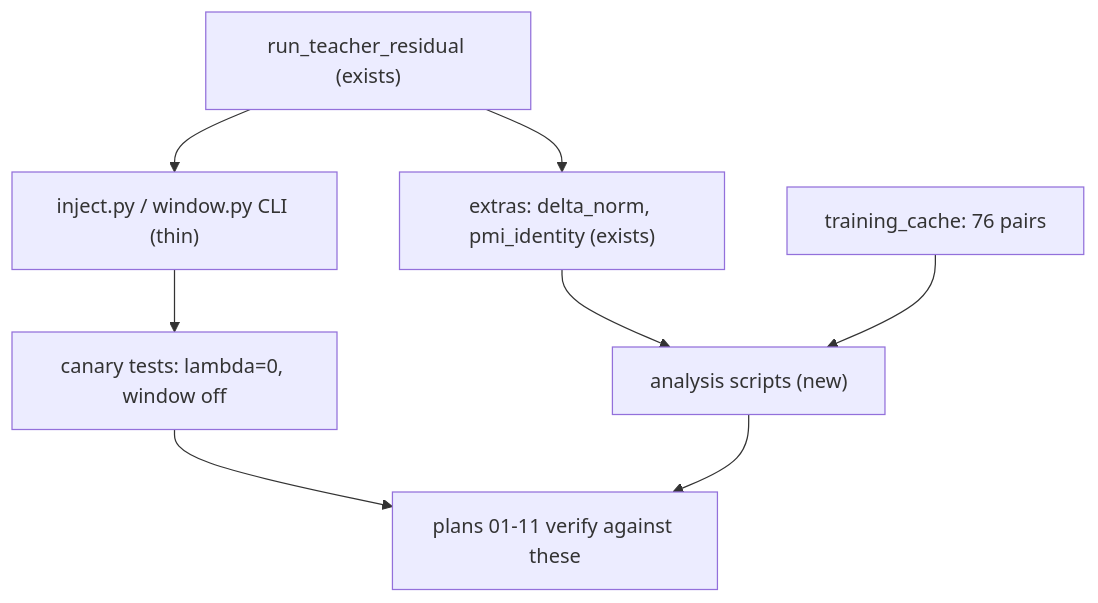
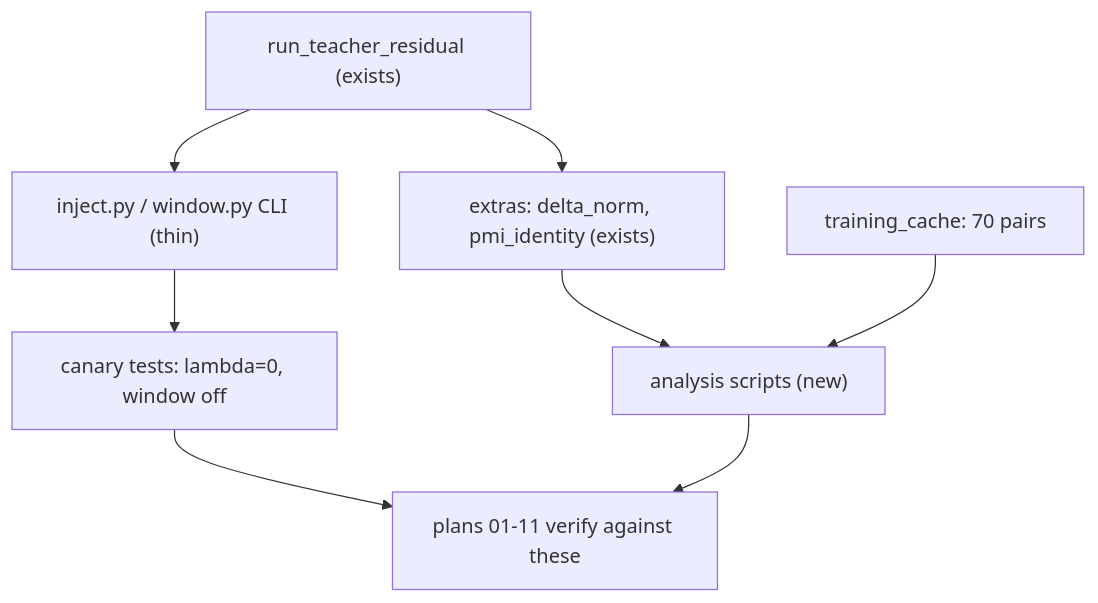
Before and after one commit to mo-rsa24/poe_repair_min: the diagram in plans/interaction-term/plans/00-build-the-instruments.md, drawn with Mermaid. The commit also changed other lines of this file and 5 other files, not shown here.

````diff
--- a/plans/interaction-term/plans/00-build-the-instruments.md
+++ b/plans/interaction-term/plans/00-build-the-instruments.md
@@ -55,10 +59,10 @@
 ```mermaid
 flowchart TD
     S["run_teacher_residual (exists)"] --> W["inject.py / window.py CLI (thin)"]
     S --> E["extras: delta_norm, pmi_identity (exists)"]
     W --> T["canary tests: lambda=0, window off"]
     E --> A["analysis scripts (new)"]
-    C["training_cache: 76 pairs"] --> A
+    C["training_cache: 70 pairs"] --> A
     T --> P["plans 01-11 verify against these"]
     A --> P
 ```
````
